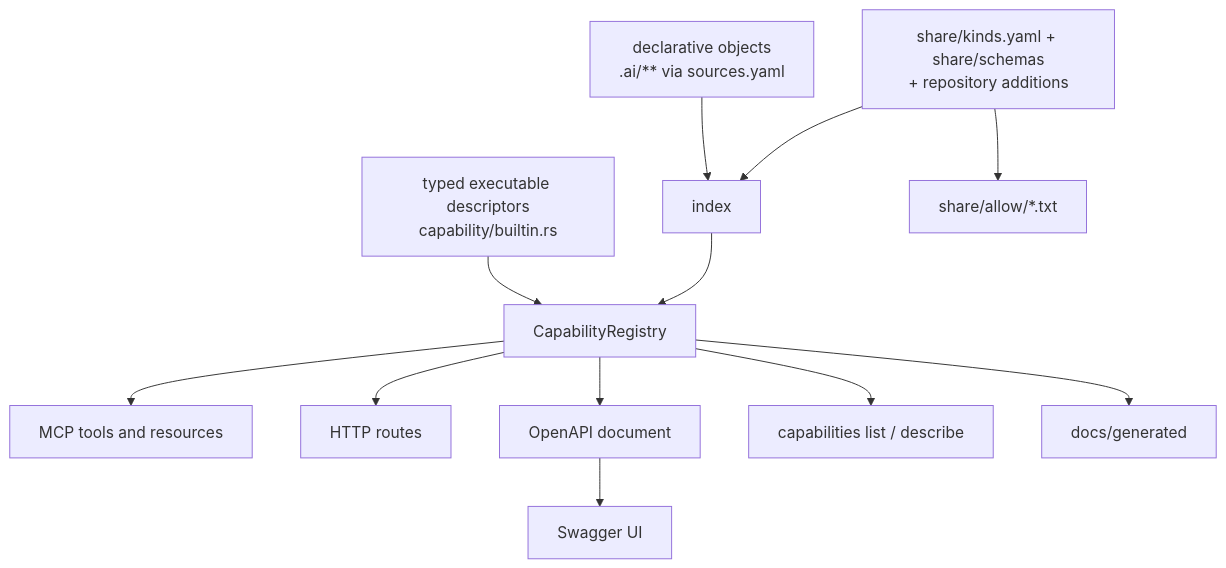
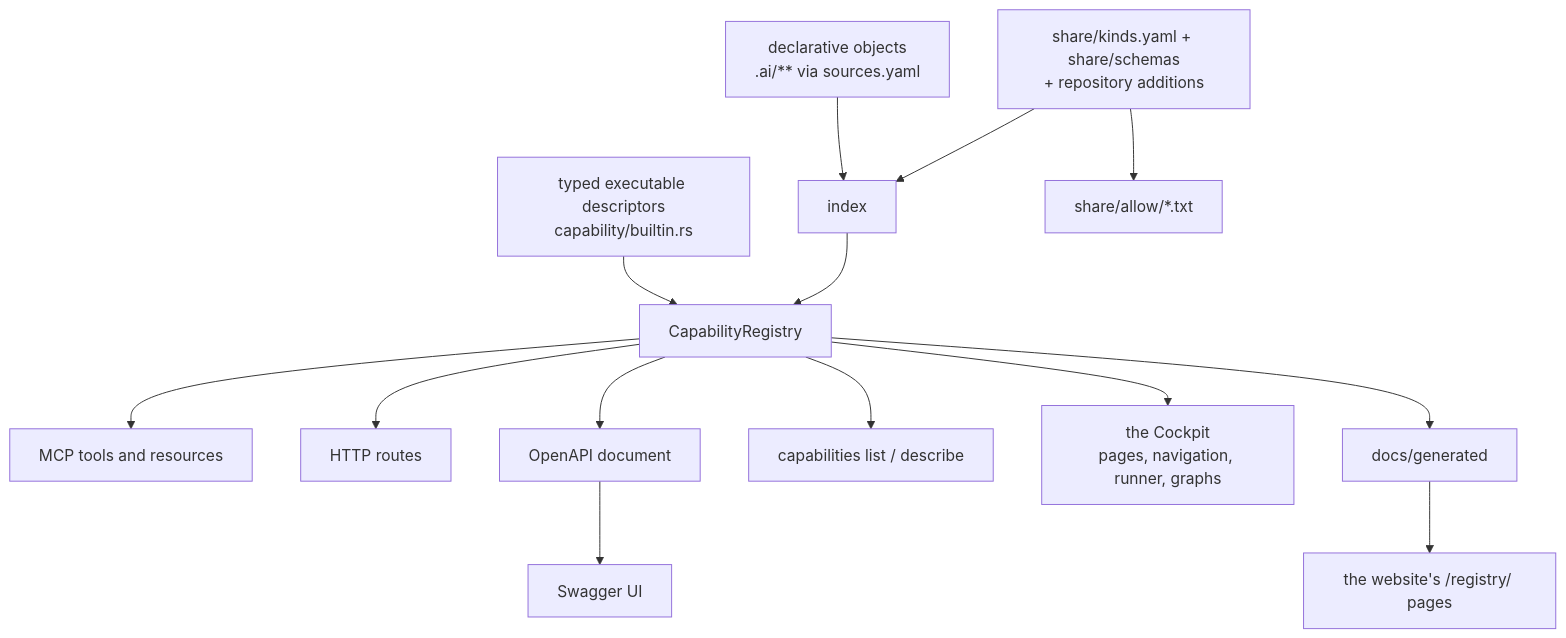
One commit to korczis/prismatic-majordomus changed the diagram in docs/CAPABILITIES.md. Above: the diagram before and after it, drawn with Mermaid. The commit also changed other lines of this file and 9 other files, not shown here.

````diff
--- a/docs/CAPABILITIES.md
+++ b/docs/CAPABILITIES.md
@@ -53,12 +57,13 @@
 ```mermaid
 flowchart TD
   B[typed executable descriptors<br/>capability/builtin.rs] --> R[CapabilityRegistry]
   D[declarative objects<br/>.ai/** via sources.yaml] --> I[index] --> R
   K[share/kinds.yaml + share/schemas<br/>+ repository additions] --> I
   R --> M[MCP tools and resources]
   R --> H[HTTP routes]
   R --> O[OpenAPI document] --> S[Swagger UI]
   R --> C[capabilities list / describe]
-  R --> G[docs/generated]
+  R --> K2[the Cockpit<br/>pages, navigation, runner, graphs]
+  R --> G[docs/generated] --> W[the website's /registry/ pages]
   K --> A[share/allow/*.txt]
 ```
````
